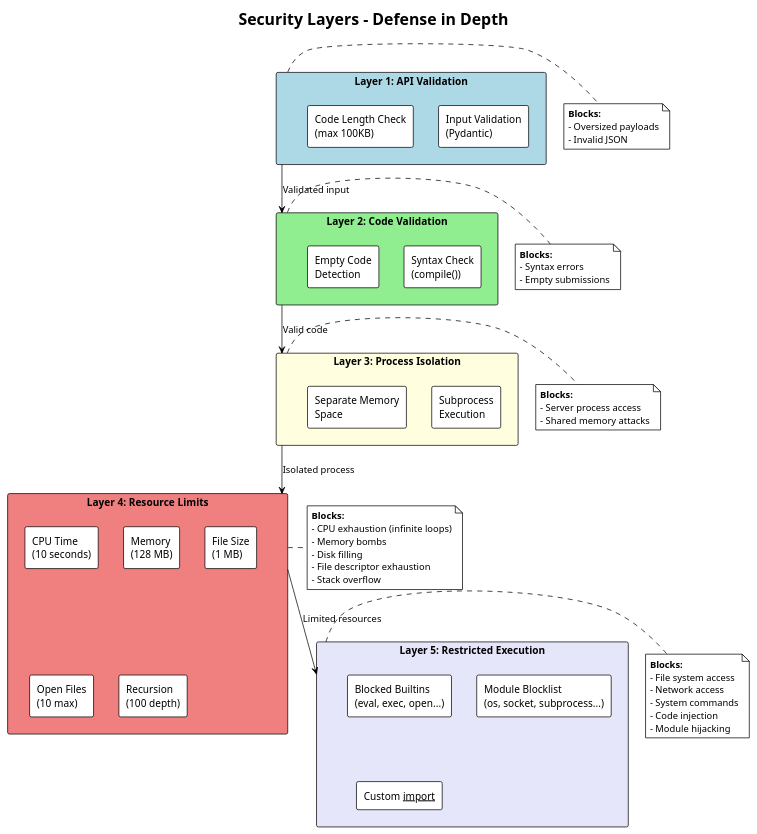
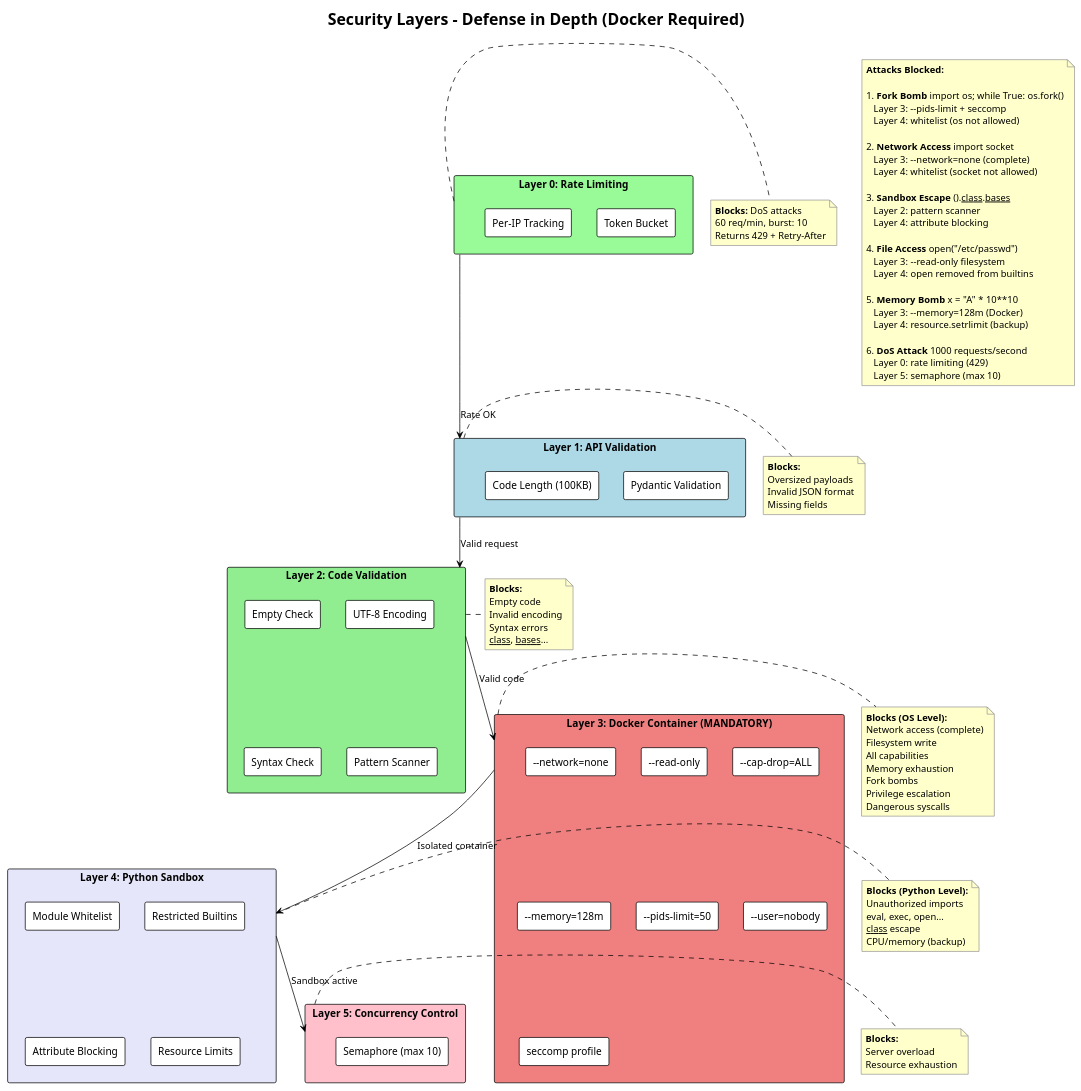
The diagram in docs/security_layers.puml (huangyingw/rayai-code-sandbox), drawn with PlantUML before and after one commit. The commit also changed 4 other files, not shown here.

First line of the commit message:
docs: update PlantUML diagrams for Docker-based architecture

```diff
--- a/docs/security_layers.puml
+++ b/docs/security_layers.puml
@@ -1,80 +1,134 @@
 @startuml security_layers
 !theme plain
-title Security Layers - Defense in Depth
+title Security Layers - Defense in Depth (Docker Required)
+skinparam componentStyle rectangle
+skinparam noteBackgroundColor #FFFFCC
+skinparam noteBorderColor #999999
 
-skinparam componentStyle rectangle
-
-' Layers from outside to inside
-rectangle "Layer 1: API Validation" as L1 #LightBlue {
-    component "Input Validation\n(Pydantic)" as input_val
-    component "Code Length Check\n(max 100KB)" as len_check
+' ==================== LAYER 0: RATE LIMITING ====================
+rectangle "Layer 0: Rate Limiting" as L0 #PaleGreen {
+    component "Token Bucket" as rate_bucket
+    component "Per-IP Tracking" as ip_track
 }
 
-rectangle "Layer 2: Code Validation" as L2 #LightGreen {
-    component "Syntax Check\n(compile())" as syntax
-    component "Empty Code\nDetection" as empty
+note right of L0
+  **Blocks:** DoS attacks
+  60 req/min, burst: 10
+  Returns 429 + Retry-After
+end note
+
+' ==================== LAYER 1: API VALIDATION ====================
+rectangle "Layer 1: API Validation" as L1 #LightBlue {
+    component "Pydantic Validation" as pydantic
+    component "Code Length (100KB)" as len_check
 }
 
-rectangle "Layer 3: Process Isolation" as L3 #LightYellow {
-    component "Subprocess\nExecution" as subprocess
-    component "Separate Memory\nSpace" as memory
+note right of L1
+  **Blocks:**
+  Oversized payloads
+  Invalid JSON format
+  Missing fields
+end note
+
+' ==================== LAYER 2: CODE VALIDATION ====================
+rectangle "Layer 2: Code Validation" as L2 #LightGreen {
+    component "Empty Check" as empty
+    component "UTF-8 Encoding" as encoding
+    component "Syntax Check" as syntax
+    component "Pattern Scanner" as pattern
 }
 
-rectangle "Layer 4: Resource Limits" as L4 #LightCoral {
-    component "CPU Time\n(10 seconds)" as cpu
-    component "Memory\n(128 MB)" as mem
-    component "File Size\n(1 MB)" as file
-    component "Open Files\n(10 max)" as files
-    component "Recursion\n(100 depth)" as recursion
+note right of L2
+  **Blocks:**
+  Empty code
+  Invalid encoding
+  Syntax errors
+  __class__, __bases__...
+end note
+
+' ==================== LAYER 3: DOCKER CONTAINER ====================
+rectangle "Layer 3: Docker Container (MANDATORY)" as L3 #LightCoral {
+    component "--network=none" as net_none
+    component "--read-only" as read_only
+    component "--cap-drop=ALL" as cap_drop
+    component "--memory=128m" as mem_limit
+    component "--pids-limit=50" as pids_limit
+    component "--user=nobody" as user_ns
+    component "seccomp profile" as seccomp
 }
 
-rectangle "Layer 5: Restricted Execution" as L5 #Lavender {
-    component "Blocked Builtins\n(eval, exec, open...)" as builtins
-    component "Module Blocklist\n(os, socket, subprocess...)" as modules
-    component "Custom __import__" as import_hook
+note right of L3
+  **Blocks (OS Level):**
+  Network access (complete)
+  Filesystem write
+  All capabilities
+  Memory exhaustion
+  Fork bombs
+  Privilege escalation
+  Dangerous syscalls
+end note
+
+' ==================== LAYER 4: PYTHON SANDBOX ====================
+rectangle "Layer 4: Python Sandbox" as L4 #Lavender {
+    component "Module Whitelist" as whitelist
+    component "Restricted Builtins" as builtins
+    component "Attribute Blocking" as attr_block
+    component "Resource Limits" as res_limits
 }
 
-' Flow
-L1 -down-> L2 : Validated input
-L2 -down-> L3 : Valid code
-L3 -down-> L4 : Isolated process
-L4 -down-> L5 : Limited resources
-
-' Attacks blocked at each layer
-note right of L1
-    **Blocks:**
-    - Oversized payloads
-    - Invalid JSON
+note right of L4
+  **Blocks (Python Level):**
+  Unauthorized imports
+  eval, exec, open...
+  __class__ escape
+  CPU/memory (backup)
 end note
 
-note right of L2
-    **Blocks:**
-    - Syntax errors
-    - Empty submissions
+' ==================== LAYER 5: CONCURRENCY ====================
+rectangle "Layer 5: Concurrency Control" as L5 #Pink {
+    component "Semaphore (max 10)" as semaphore
+}
+
+note right of L5
+  **Blocks:**
+  Server overload
+  Resource exhaustion
 end note
 
-note right of L3
-    **Blocks:**
-    - Server process access
-    - Shared memory attacks
-end note
+' ==================== FLOW ====================
+L0 -down-> L1 : Rate OK
+L1 -down-> L2 : Valid request
+L2 -down-> L3 : Valid code
+L3 -down-> L4 : Isolated container
+L4 -down-> L5 : Sandbox active
 
-note right of L4
-    **Blocks:**
-    - CPU exhaustion (infinite loops)
-    - Memory bombs
-    - Disk filling
-    - File descriptor exhaustion
-    - Stack overflow
-end note
+' ==================== ATTACK EXAMPLES ====================
+note as attacks
+  **Attacks Blocked:**
 
-note right of L5
-    **Blocks:**
-    - File system access
-    - Network access
-    - System commands
-    - Code injection
-    - Module hijacking
+  1. **Fork Bomb** import os; while True: os.fork()
+     Layer 3: --pids-limit + seccomp
+     Layer 4: whitelist (os not allowed)
+
+  2. **Network Access** import socket
+     Layer 3: --network=none (complete)
+     Layer 4: whitelist (socket not allowed)
+
+  3. **Sandbox Escape** ().__class__.__bases__
+     Layer 2: pattern scanner
+     Layer 4: attribute blocking
+
+  4. **File Access** open("/etc/passwd")
+     Layer 3: --read-only filesystem
+     Layer 4: open removed from builtins
+
+  5. **Memory Bomb** x = "A" * 10**10
+     Layer 3: --memory=128m (Docker)
+     Layer 4: resource.setrlimit (backup)
+
+  6. **DoS Attack** 1000 requests/second
+     Layer 0: rate limiting (429)
+     Layer 5: semaphore (max 10)
 end note
 
 @enduml
```
